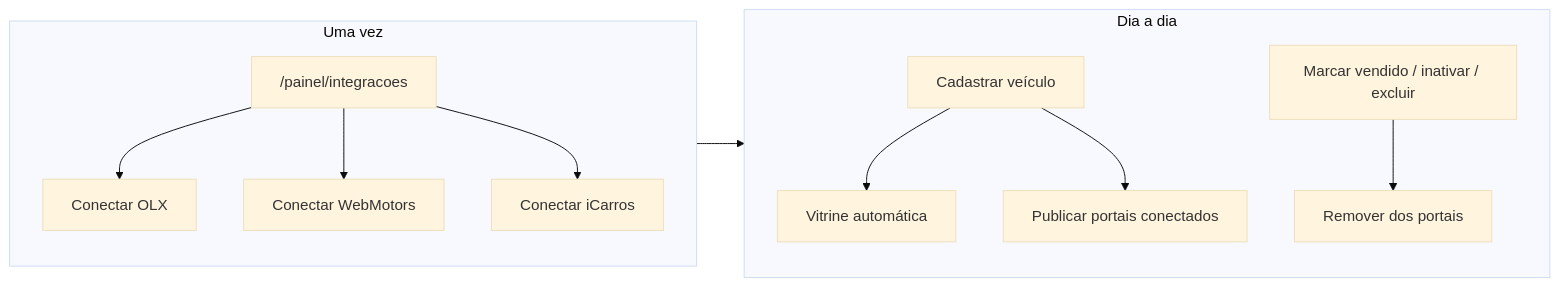
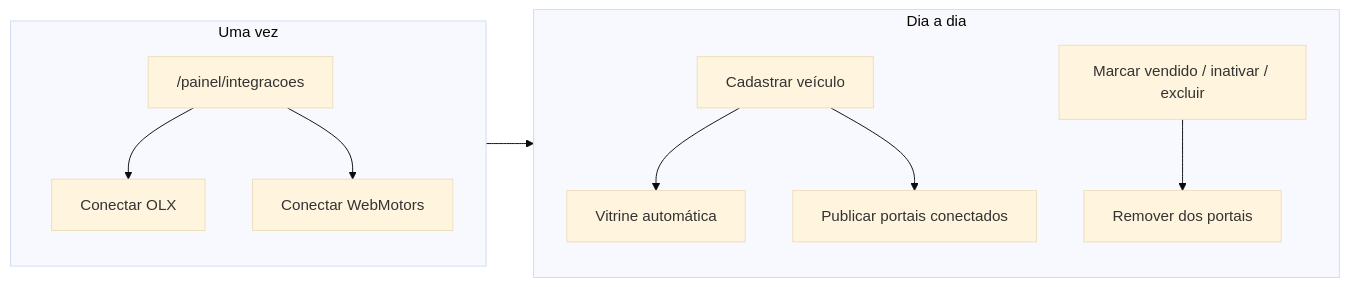
One commit to jguiotti/auto-painel changed the diagram in packages/shared/docs/CLASSIFIEDS_INTEGRATORS_BLUEPRINT.md. Above: the diagram before and after it, drawn with Mermaid (base theme). The commit also changed other lines of this file and 58 other files, not shown here.

````diff
--- a/packages/shared/docs/CLASSIFIEDS_INTEGRATORS_BLUEPRINT.md
+++ b/packages/shared/docs/CLASSIFIEDS_INTEGRATORS_BLUEPRINT.md
@@ -46,14 +47,13 @@
 ```mermaid
 flowchart LR
   subgraph once [Uma vez]
     A["/painel/integracoes"] --> B["Conectar OLX"]
     A --> C["Conectar WebMotors"]
-    A --> D["Conectar iCarros"]
   end
   subgraph daily [Dia a dia]
     E["Cadastrar veículo"] --> F["Vitrine automática"]
     E --> G["Publicar portais conectados"]
     H["Marcar vendido / inativar / excluir"] --> I["Remover dos portais"]
   end
   once --> daily
 ```
````
